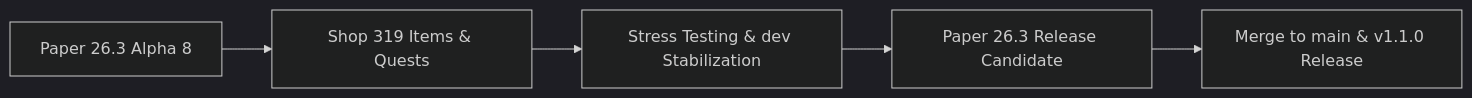
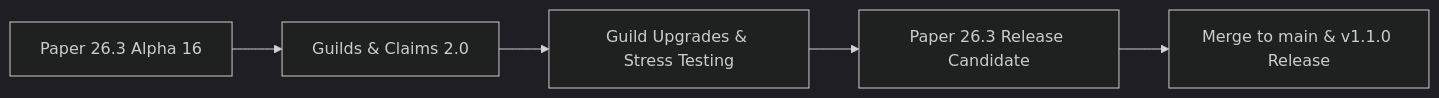
One commit to WilliamBossard/GensCore changed the diagram in docs/guide/roadmap-26-3.md. Above: the diagram before and after it, drawn with Mermaid (dark theme). The commit also changed other lines of this file and 8 other files, not shown here.

Commit message:
docs: sync root and vitepress documentation with guilds 2.0 and roadmap

````diff
--- a/docs/guide/roadmap-26-3.md
+++ b/docs/guide/roadmap-26-3.md
@@ -72,7 +88,7 @@
 ```mermaid
 flowchart LR
-    A[Paper 26.3 Alpha 8] --> B[Shop 319 Items & Quests]
-    B --> C[Stress Testing & dev Stabilization]
+    A[Paper 26.3 Alpha 16] --> B[Guilds & Claims 2.0]
+    B --> C[Guild Upgrades & Stress Testing]
     C --> D[Paper 26.3 Release Candidate]
     D --> E[Merge to main & v1.1.0 Release]
 ```
````
